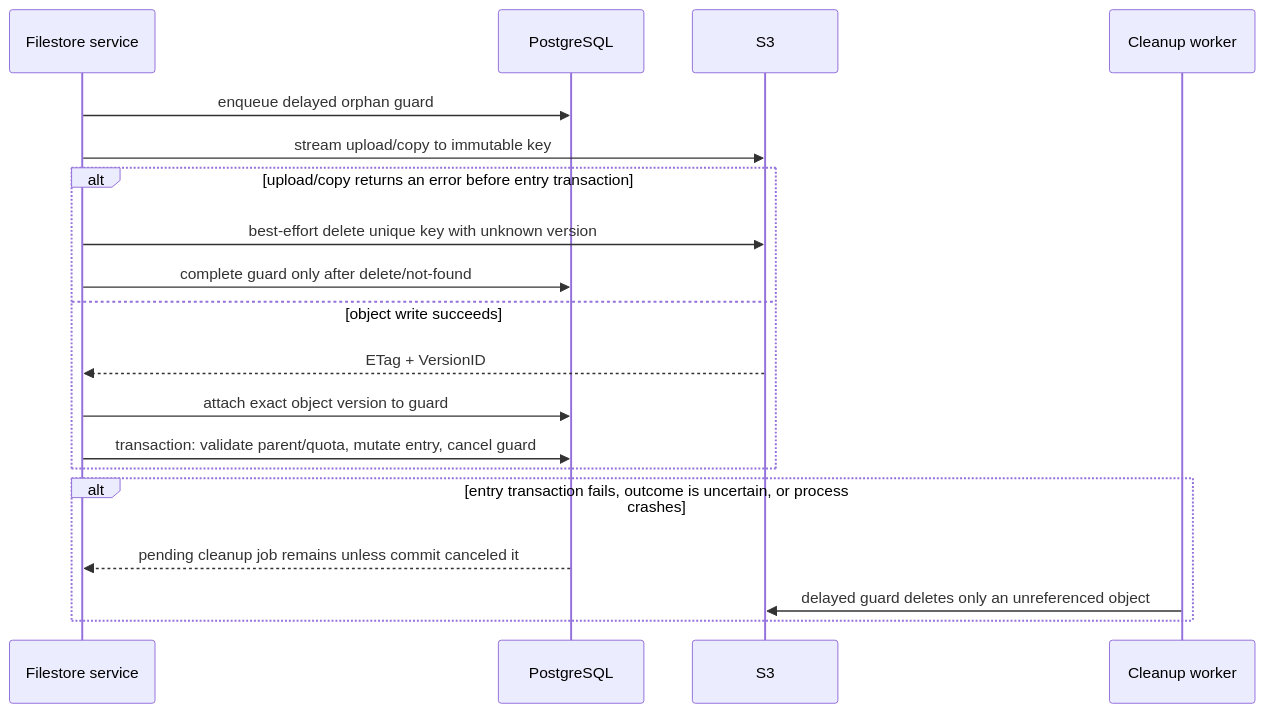
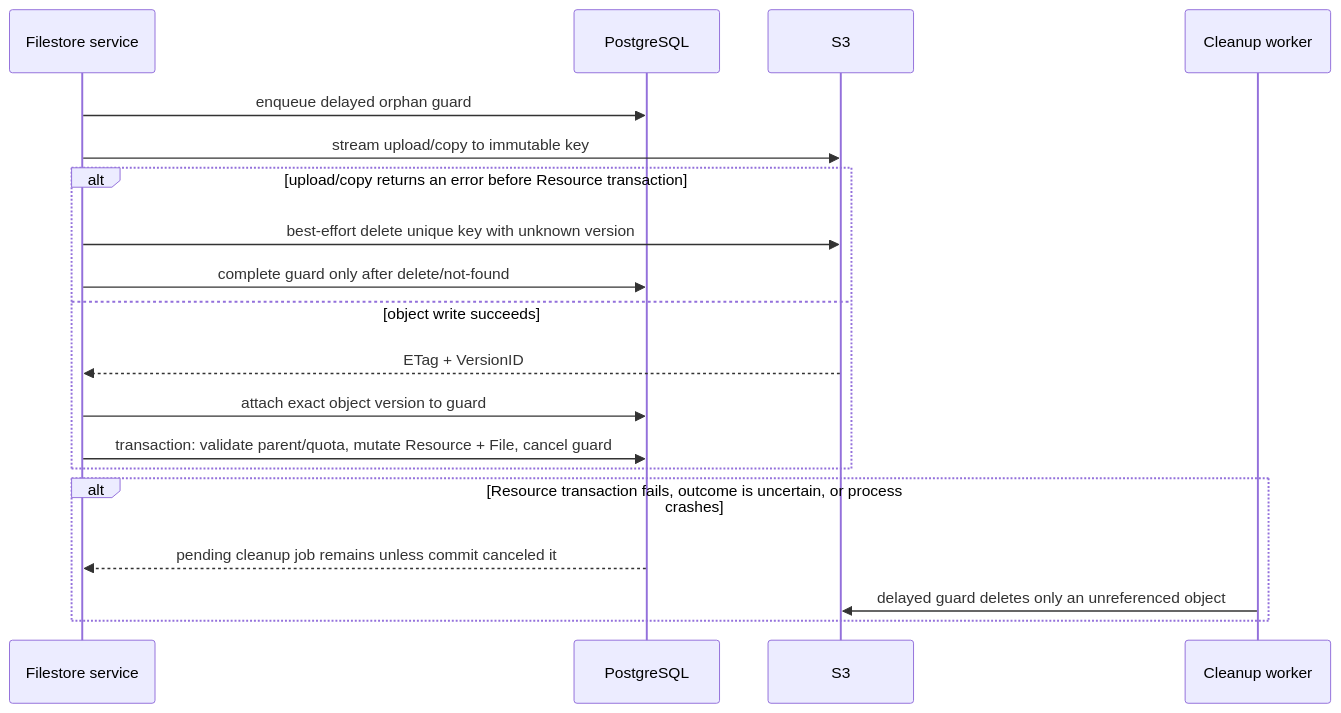
One commit to superduck-ai/open-managed-agents changed the fourth of 4 diagrams in docs/design/be/filestore.md. Above: the diagram before and after it, drawn with Mermaid. The commit also changed other lines of this file and 48 other files, not shown here.

````diff
--- a/docs/design/be/filestore.md
+++ b/docs/design/be/filestore.md
@@ -340,21 +340,21 @@
 ```mermaid
 sequenceDiagram
 	participant S as Filestore service
 	participant D as PostgreSQL
 	participant O as S3
 	participant C as Cleanup worker
 	S->>D: enqueue delayed orphan guard
 	S->>O: stream upload/copy to immutable key
-	alt upload/copy returns an error before entry transaction
+	alt upload/copy returns an error before Resource transaction
 		S->>O: best-effort delete unique key with unknown version
 		S->>D: complete guard only after delete/not-found
 	else object write succeeds
 		O-->>S: ETag + VersionID
 		S->>D: attach exact object version to guard
-		S->>D: transaction: validate parent/quota, mutate entry, cancel guard
+		S->>D: transaction: validate parent/quota, mutate Resource + File, cancel guard
 	end
-	alt entry transaction fails, outcome is uncertain, or process crashes
+	alt Resource transaction fails, outcome is uncertain, or process crashes
 		D-->>S: pending cleanup job remains unless commit canceled it
 		C->>O: delayed guard deletes only an unreferenced object
 	end
 ```
````
